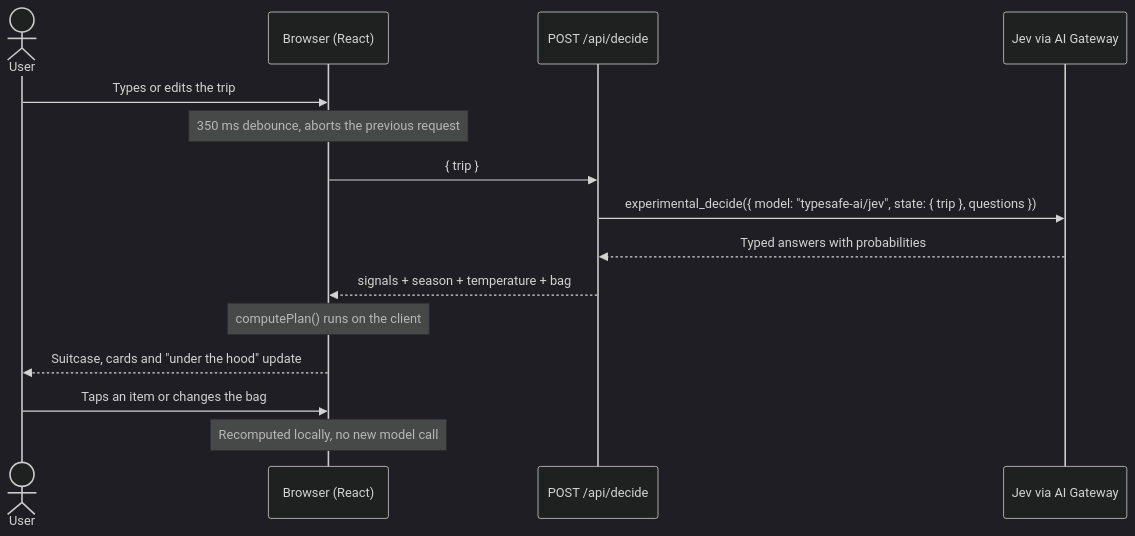
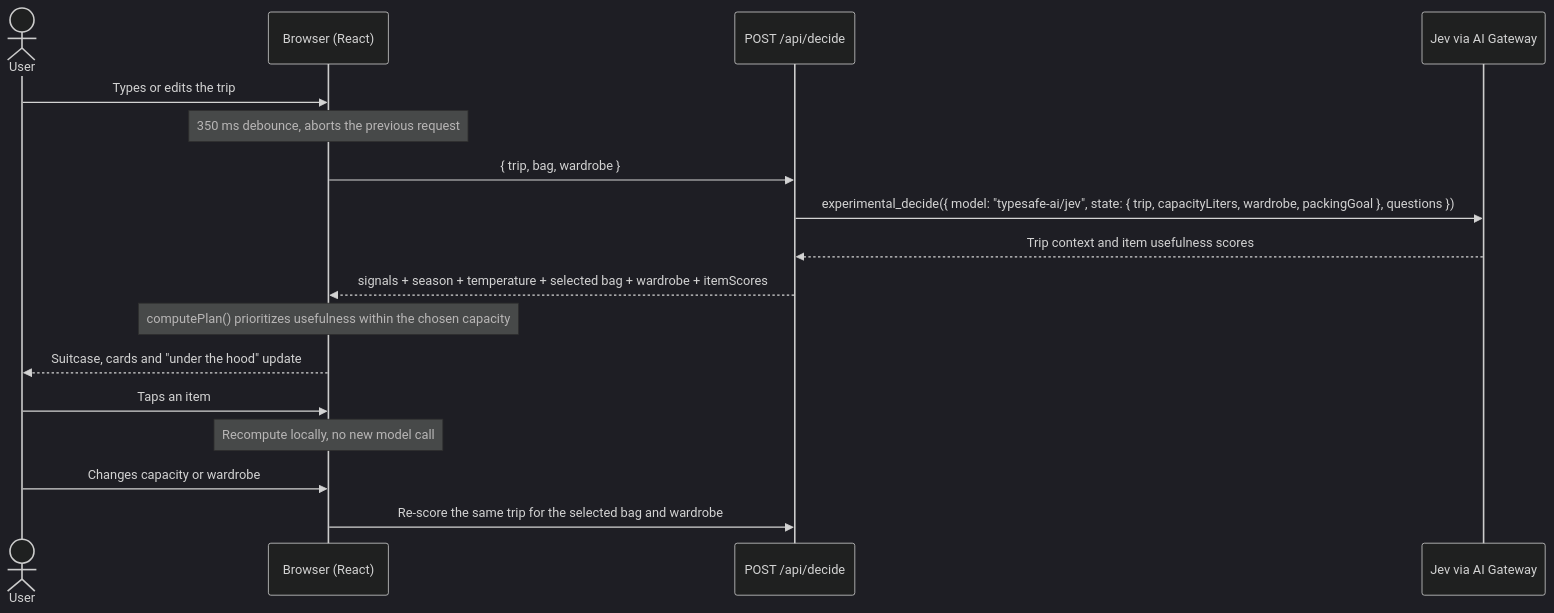
Before and after one commit to poacosta/smart-packing-demo-with-jev: the second of 3 diagrams in README.md, drawn with Mermaid (dark theme). The commit also changed other lines of this file and 17 other files, not shown here.

First line of the commit message:
Add capacity aware packing (#1)

````diff
--- a/README.md
+++ b/README.md
@@ -63,18 +67,20 @@
 ```mermaid
 sequenceDiagram
     actor User
     participant UI as Browser (React)
     participant API as POST /api/decide
     participant Jev as Jev via AI Gateway
 
     User->>UI: Types or edits the trip
     Note over UI: 350 ms debounce, aborts the previous request
-    UI->>API: { trip }
-    API->>Jev: experimental_decide({ model: "typesafe-ai/jev", state: { trip }, questions })
-    Jev-->>API: Typed answers with probabilities
-    API-->>UI: signals + season + temperature + bag
-    Note over UI: computePlan() runs on the client
+    UI->>API: { trip, bag, wardrobe }
+    API->>Jev: experimental_decide({ model: "typesafe-ai/jev", state: { trip, capacityLiters, wardrobe, packingGoal }, questions })
+    Jev-->>API: Trip context and item usefulness scores
+    API-->>UI: signals + season + temperature + selected bag + wardrobe + itemScores
+    Note over UI: computePlan() prioritizes usefulness within the chosen capacity
     UI-->>User: Suitcase, cards and "under the hood" update
-    User->>UI: Taps an item or changes the bag
-    Note over UI: Recomputed locally, no new model call
+    User->>UI: Taps an item
+    Note over UI: Recompute locally, no new model call
+    User->>UI: Changes capacity or wardrobe
+    UI->>API: Re-score the same trip for the selected bag and wardrobe
 ```
````
